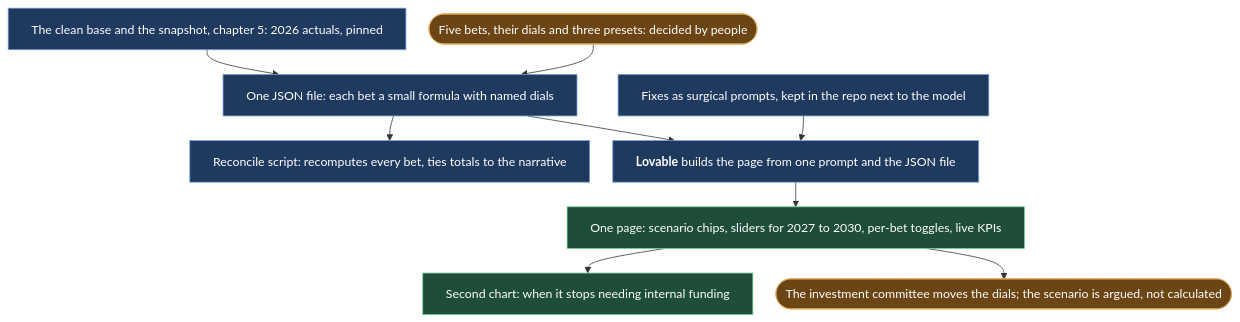
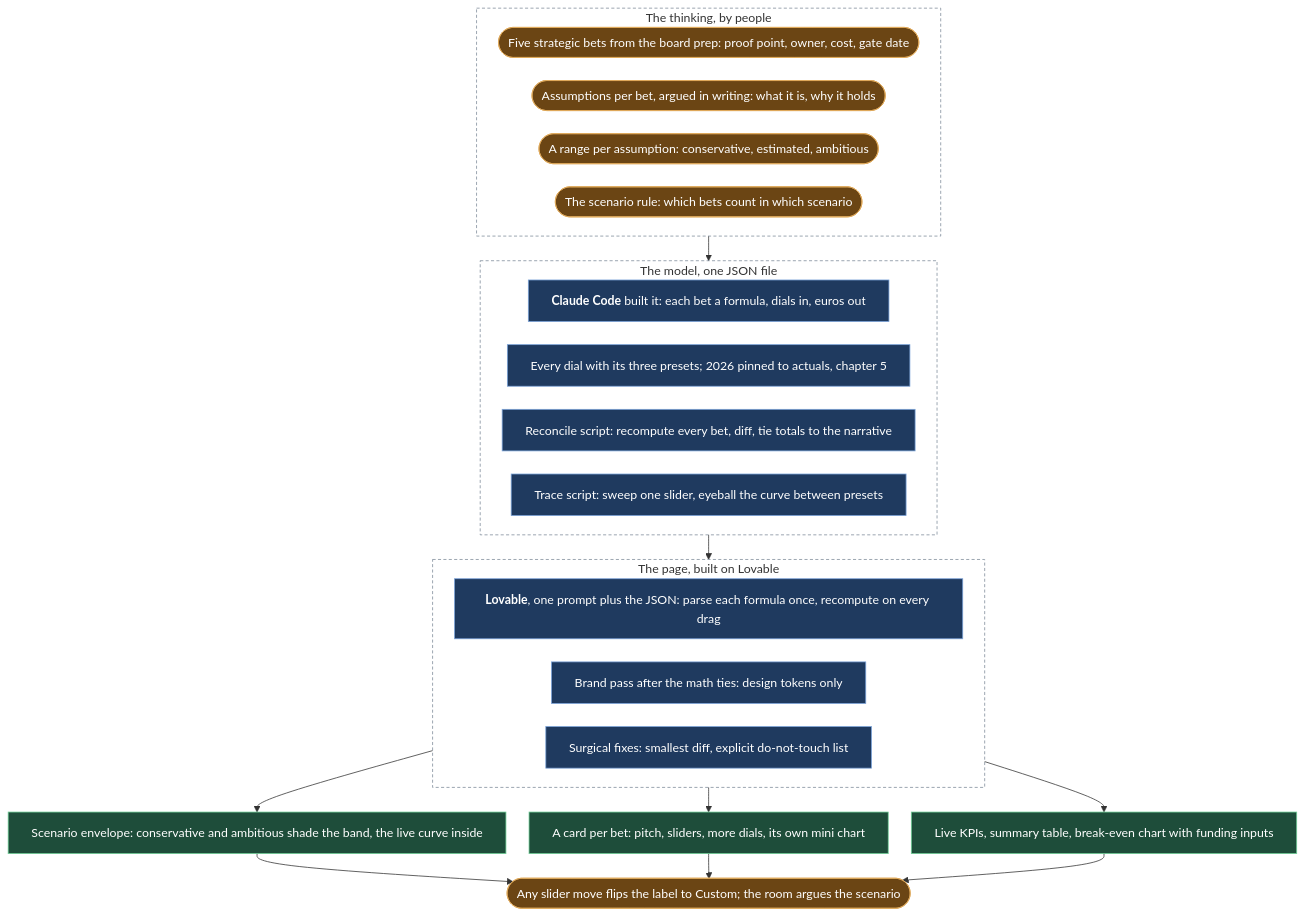
The diagram in evidence/case-studies/06-a-financial-model-the-leadership-team-could-click.md (nunomnferreirapt/ai-operated-growth-engine), drawn with Mermaid before and after one commit. The commit also changed other lines of this file, not shown here.

Commit message:
Chapter 6: diagram and What we built rebuilt in four layers, the thinking by people, the model file, the Lovable page, what the board sees
Claude-Session: https://claude.ai/code/session_013vAMTruojjzTuNGSxvVixS

````diff
--- a/evidence/case-studies/06-a-financial-model-the-leadership-team-could-click.md
+++ b/evidence/case-studies/06-a-financial-model-the-leadership-team-could-click.md
@@ -11,15 +11,35 @@
 ```mermaid
 %%{init: {"flowchart": {"wrappingWidth": 600, "nodeSpacing": 30, "rankSpacing": 32}}}%%
 flowchart TB
-    BASE["The clean base and the snapshot, chapter 5: 2026 actuals, pinned"]:::sys --> JSON
-    BETS(["Five bets, their dials and three presets: decided by people"]):::human --> JSON["One JSON file: each bet a small formula with named dials"]:::sys
-    JSON --> REC["Reconcile script: recomputes every bet, ties totals to the narrative"]:::sys
-    JSON --> LOV["`**Lovable** builds the page from one prompt and the JSON file`"]:::sys
-    FIX["Fixes as surgical prompts, kept in the repo next to the model"]:::sys --> LOV
-    LOV --> PAGE["One page: scenario chips, sliders for 2027 to 2030, per-bet toggles, live KPIs"]:::out
-    PAGE --> BE["Second chart: when it stops needing internal funding"]:::out
-    PAGE --> ROOM(["The investment committee moves the dials; the scenario is argued, not calculated"]):::human
+    subgraph TH["The thinking, by people"]
+        B1(["Five strategic bets from the board prep: proof point, owner, cost, gate date"]):::human
+        B2(["Assumptions per bet, argued in writing: what it is, why it holds"]):::human
+        B3(["A range per assumption: conservative, estimated, ambitious"]):::human
+        B4(["The scenario rule: which bets count in which scenario"]):::human
+    end
+    subgraph MD["The model, one JSON file"]
+        J["`**Claude Code** built it: each bet a formula, dials in, euros out`"]:::sys
+        PR["Every dial with its three presets; 2026 pinned to actuals, chapter 5"]:::sys
+        RC["Reconcile script: recompute every bet, diff, tie totals to the narrative"]:::sys
+        TR["Trace script: sweep one slider, eyeball the curve between presets"]:::sys
+    end
+    TH --> MD
+    subgraph PG["The page, built on Lovable"]
+        LV["`**Lovable**, one prompt plus the JSON: parse each formula once, recompute on every drag`"]:::sys
+        ST["Brand pass after the math ties: design tokens only"]:::sys
+        FX["Surgical fixes: smallest diff, explicit do-not-touch list"]:::sys
+    end
+    MD --> PG
+    PG --> O1["Scenario envelope: conservative and ambitious shade the band, the live curve inside"]:::out
+    PG --> O2["A card per bet: pitch, sliders, more dials, its own mini chart"]:::out
+    PG --> O3["Live KPIs, summary table, break-even chart with funding inputs"]:::out
+    O1 --> RM(["Any slider move flips the label to Custom; the room argues the scenario"]):::human
+    O2 --> RM
+    O3 --> RM
     classDef sys fill:#1f3a5f,stroke:#7aa2d8,color:#ffffff
     classDef human fill:#6b4514,stroke:#e0a95a,color:#ffffff
     classDef out fill:#1e4d3a,stroke:#6fcf97,color:#ffffff
+    style TH fill:transparent,stroke:#7f8c9a,stroke-dasharray:4 3
+    style MD fill:transparent,stroke:#7f8c9a,stroke-dasharray:4 3
+    style PG fill:transparent,stroke:#7f8c9a,stroke-dasharray:4 3
 ```
````
